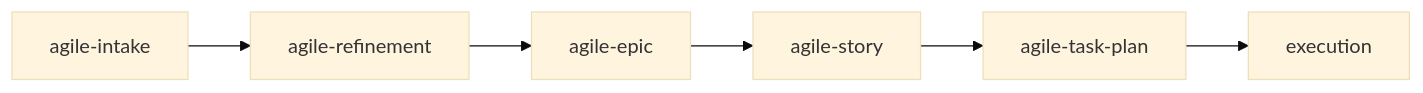
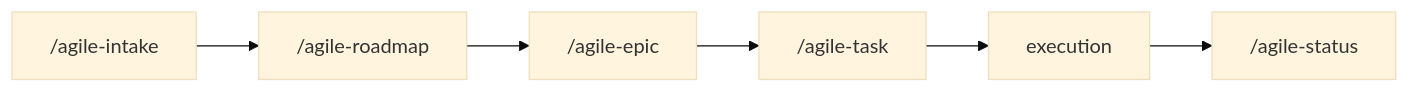
Before and after one commit to djalmajr/essential-skills: the diagram in skills/agile-epic/README.md, drawn with Mermaid (base theme). The commit also changed other lines of this file and 60 other files, not shown here.

````diff
--- a/skills/agile-epic/README.md
+++ b/skills/agile-epic/README.md
@@ -58,8 +68,8 @@
 ```mermaid
 flowchart LR
-    A[agile-intake] --> B[agile-refinement]
-    B --> C[agile-epic]
-    C --> D[agile-story]
-    D --> E[agile-task-plan]
-    E --> F[execution]
+    A["/agile-intake"] --> B["/agile-roadmap"]
+    B --> C["/agile-epic"]
+    C --> D["/agile-task"]
+    D --> E[execution]
+    E --> F["/agile-status"]
 ```
````
